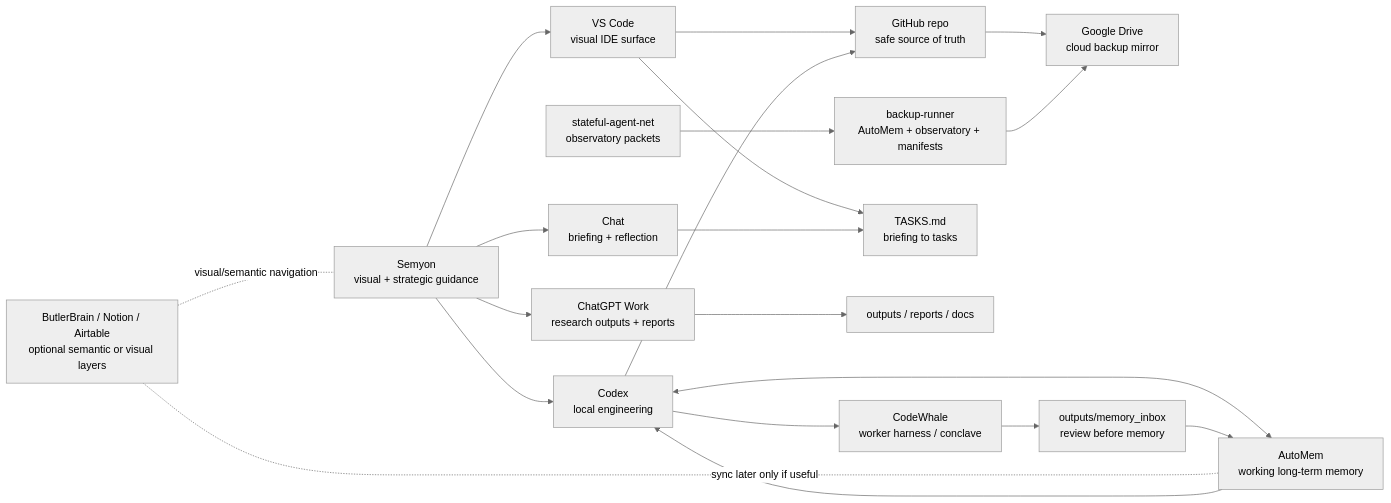
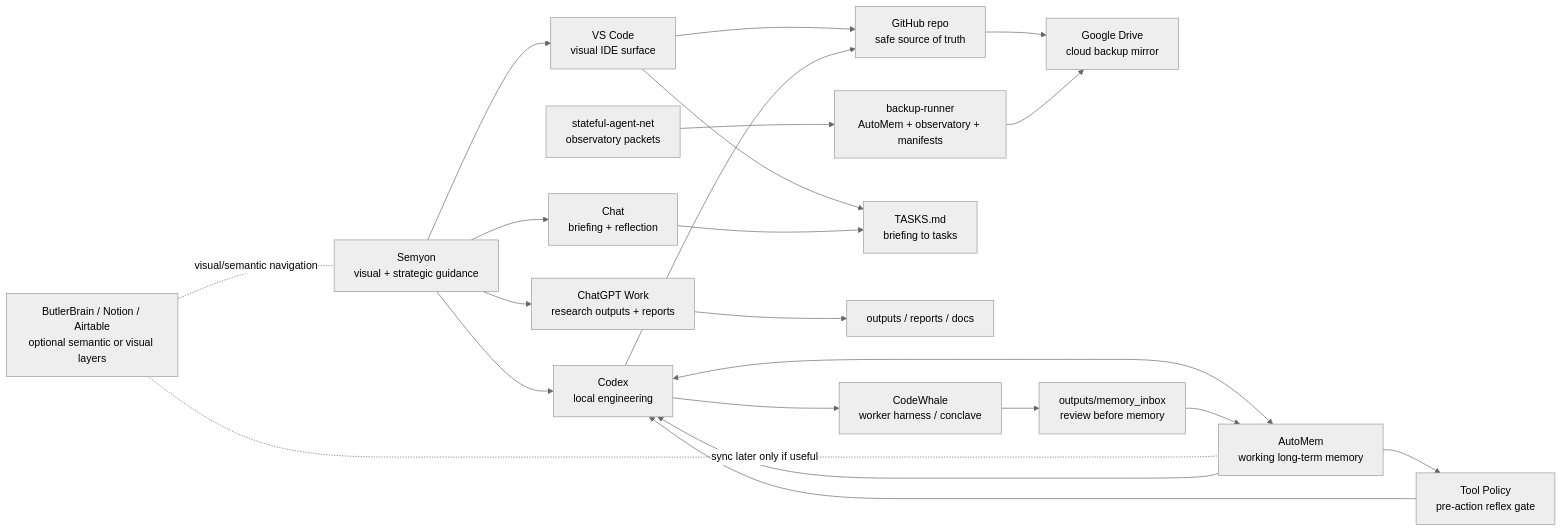
One commit to TeaShaman-cyber/theseus-local-lab changed the first of 6 diagrams in VISUAL_MAP.md. Above: the diagram before and after it, drawn with Mermaid (neutral theme). The commit also changed 8 other files, not shown here.

Commit message:
Add Theseus tool policy skill router

````diff
--- a/VISUAL_MAP.md
+++ b/VISUAL_MAP.md
@@ -9,33 +9,36 @@
 ```mermaid
 flowchart LR
     User["Semyon\nvisual + strategic guidance"]
     Chat["Chat\nbriefing + reflection"]
     Work["ChatGPT Work\nresearch outputs + reports"]
     Codex["Codex\nlocal engineering"]
     VSCode["VS Code\nvisual IDE surface"]
     AutoMem["AutoMem\nworking long-term memory"]
+    ToolPolicy["Tool Policy\npre-action reflex gate"]
     Git["GitHub repo\nsafe source of truth"]
     Drive["Google Drive\ncloud backup mirror"]
     Butler["ButlerBrain / Notion / Airtable\noptional semantic or visual layers"]
     CodeWhale["CodeWhale\nworker harness / conclave"]
 
     User --> Chat
     User --> Work
     User --> Codex
     User --> VSCode
     VSCode --> Git
     VSCode --> TASKS
     Chat --> TASKS["TASKS.md\nbriefing to tasks"]
     Work --> Reports["outputs / reports / docs"]
     Codex --> Git
     Codex <--> AutoMem
+    AutoMem --> ToolPolicy
+    ToolPolicy --> Codex
     Codex --> CodeWhale
     CodeWhale --> Inbox["outputs/memory_inbox\nreview before memory"]
     Inbox --> AutoMem
     AutoMem --> Codex
     Git --> Drive
     Backups["backup-runner\nAutoMem + observatory + manifests"] --> Drive
     Observatory["stateful-agent-net\nobservatory packets"] --> Backups
     Butler -. "sync later only if useful" .- AutoMem
     Butler -. "visual/semantic navigation" .- User
 ```
````
